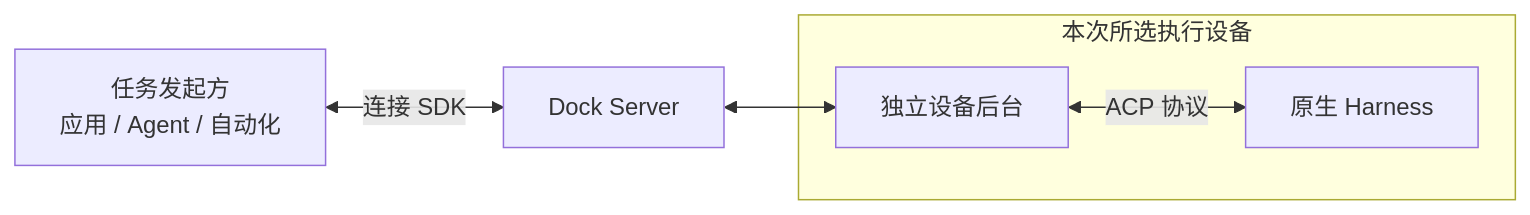
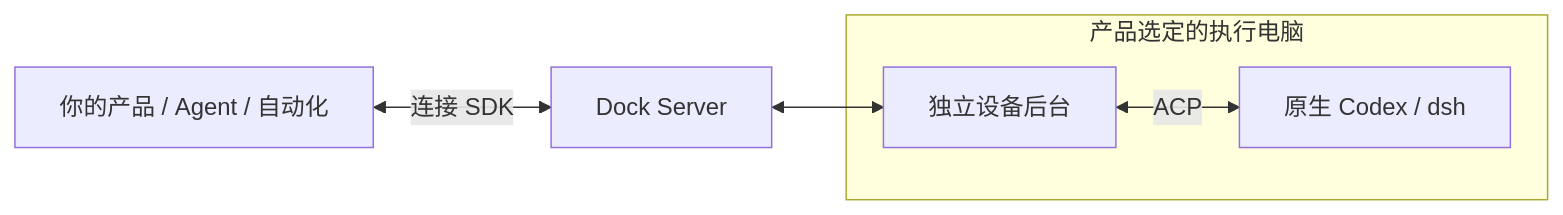
The diagram in README.md (hutian-ai/harness-dock), drawn with Mermaid before and after one commit. The commit also changed other lines of this file and 174 other files, not shown here.

````diff
--- a/README.md
+++ b/README.md
@@ -25,8 +23,8 @@
 ```mermaid
 flowchart LR
-  A["任务发起方<br/>应用 / Agent / 自动化"] <-->|"连接 SDK"| S["Dock Server"]
-  subgraph DEVICE["本次所选执行设备"]
-    D["独立设备后台"] <-->|"ACP 协议"| H["原生 Harness"]
+  A["你的产品 / Agent / 自动化"] <-->|"连接 SDK"| S["Dock Server"]
+  subgraph DEVICE["产品选定的执行电脑"]
+    D["独立设备后台"] <-->|"ACP"| H["原生 Codex / dsh"]
   end
   S <--> D
 ```
````
